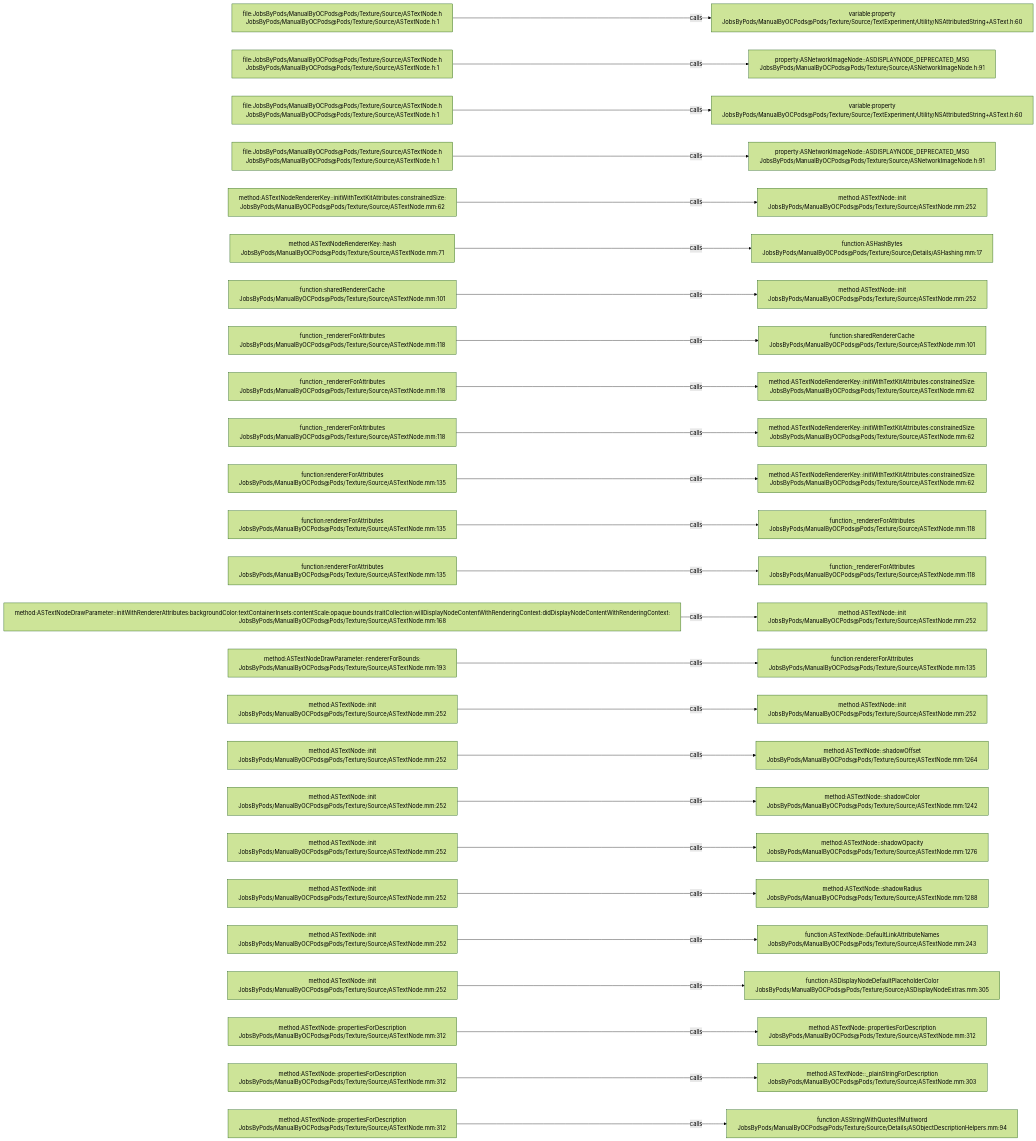
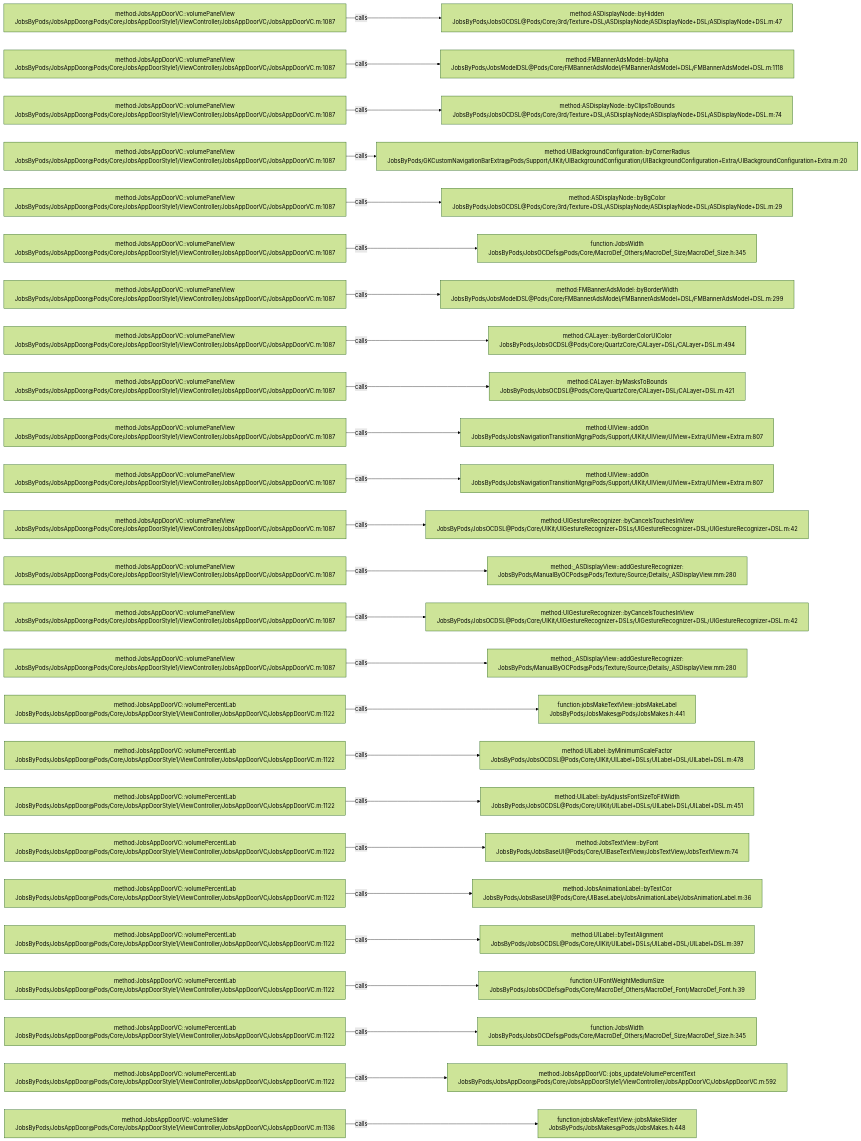
Before and after one commit to JobsKits/JobsOCBaseConfigDemo: the diagram in .codegraph/codegraph.md/graphs/calls-118.md, drawn with Mermaid (forest theme). The commit also changed 768 other files, not shown here.

````diff
--- a/.codegraph/codegraph.md/graphs/calls-118.md
+++ b/.codegraph/codegraph.md/graphs/calls-118.md
@@ -13,78 +13,78 @@
 ```mermaid
 flowchart LR
-  S1["file:JobsByPods/ManualByOCPods@Pods/Texture/Source/ASTextNode.h<br/>JobsByPods/ManualByOCPods@Pods/Texture/Source/ASTextNode.h:1"]
-  T1["variable:property<br/>JobsByPods/ManualByOCPods@Pods/Texture/Source/TextExperiment/Utility/NSAttributedString+ASText.h:60"]
+  S1["method:JobsAppDoorVC::volumePanelView<br/>JobsByPods/JobsAppDoor@Pods/Core/JobsAppDoorStyle1/ViewController/JobsAppDoorVC/JobsAppDoorVC.m:1087"]
+  T1["method:ASDisplayNode::byHidden<br/>JobsByPods/JobsOCDSL@Pods/Core/3rd/Texture+DSL/ASDisplayNode/ASDisplayNode+DSL/ASDisplayNode+DSL.m:47"]
   S1 -->|calls| T1
-  S2["file:JobsByPods/ManualByOCPods@Pods/Texture/Source/ASTextNode.h<br/>JobsByPods/ManualByOCPods@Pods/Texture/Source/ASTextNode.h:1"]
-  T2["property:ASNetworkImageNode::ASDISPLAYNODE_DEPRECATED_MSG<br/>JobsByPods/ManualByOCPods@Pods/Texture/Source/ASNetworkImageNode.h:91"]
+  S2["method:JobsAppDoorVC::volumePanelView<br/>JobsByPods/JobsAppDoor@Pods/Core/JobsAppDoorStyle1/ViewController/JobsAppDoorVC/JobsAppDoorVC.m:1087"]
+  T2["method:FMBannerAdsModel::byAlpha<br/>JobsByPods/JobsModelDSL@Pods/Core/FMBannerAdsModel/FMBannerAdsModel+DSL/FMBannerAdsModel+DSL.m:1118"]
   S2 -->|calls| T2
-  S3["file:JobsByPods/ManualByOCPods@Pods/Texture/Source/ASTextNode.h<br/>JobsByPods/ManualByOCPods@Pods/Texture/Source/ASTextNode.h:1"]
-  T3["variable:property<br/>JobsByPods/ManualByOCPods@Pods/Texture/Source/TextExperiment/Utility/NSAttributedString+ASText.h:60"]
+  S3["method:JobsAppDoorVC::volumePanelView<br/>JobsByPods/JobsAppDoor@Pods/Core/JobsAppDoorStyle1/ViewController/JobsAppDoorVC/JobsAppDoorVC.m:1087"]
+  T3["method:ASDisplayNode::byClipsToBounds<br/>JobsByPods/JobsOCDSL@Pods/Core/3rd/Texture+DSL/ASDisplayNode/ASDisplayNode+DSL/ASDisplayNode+DSL.m:74"]
   S3 -->|calls| T3
-  S4["file:JobsByPods/ManualByOCPods@Pods/Texture/Source/ASTextNode.h<br/>JobsByPods/ManualByOCPods@Pods/Texture/Source/ASTextNode.h:1"]
-  T4["property:ASNetworkImageNode::ASDISPLAYNODE_DEPRECATED_MSG<br/>JobsByPods/ManualByOCPods@Pods/Texture/Source/ASNetworkImageNode.h:91"]
+  S4["method:JobsAppDoorVC::volumePanelView<br/>JobsByPods/JobsAppDoor@Pods/Core/JobsAppDoorStyle1/ViewController/JobsAppDoorVC/JobsAppDoorVC.m:1087"]
+  T4["method:UIBackgroundConfiguration::byCornerRadius<br/>JobsByPods/GKCustomNavigationBarExtra@Pods/Support/UIKit/UIBackgroundConfiguration/UIBackgroundConfiguration+Extra/UIBackgroundConfiguration+Extra.m:20"]
   S4 -->|calls| T4
-  S5["method:ASTextNodeRendererKey::initWithTextKitAttributes:constrainedSize:<br/>JobsByPods/ManualByOCPods@Pods/Texture/Source/ASTextNode.mm:62"]
-  T5["method:ASTextNode::init<br/>JobsByPods/ManualByOCPods@Pods/Texture/Source/ASTextNode.mm:252"]
+  S5["method:JobsAppDoorVC::volumePanelView<br/>JobsByPods/JobsAppDoor@Pods/Core/JobsAppDoorStyle1/ViewController/JobsAppDoorVC/JobsAppDoorVC.m:1087"]
+  T5["method:ASDisplayNode::byBgColor<br/>JobsByPods/JobsOCDSL@Pods/Core/3rd/Texture+DSL/ASDisplayNode/ASDisplayNode+DSL/ASDisplayNode+DSL.m:29"]
   S5 -->|calls| T5
-  S6["method:ASTextNodeRendererKey::hash<br/>JobsByPods/ManualByOCPods@Pods/Texture/Source/ASTextNode.mm:71"]
-  T6["function:ASHashBytes<br/>JobsByPods/ManualByOCPods@Pods/Texture/Source/Details/ASHashing.mm:17"]
+  S6["method:JobsAppDoorVC::volumePanelView<br/>JobsByPods/JobsAppDoor@Pods/Core/JobsAppDoorStyle1/ViewController/JobsAppDoorVC/JobsAppDoorVC.m:1087"]
+  T6["function:JobsWidth<br/>JobsByPods/JobsOCDefs@Pods/Core/MacroDef_Others/MacroDef_Size/MacroDef_Size.h:345"]
   S6 -->|calls| T6
-  S7["function:sharedRendererCache<br/>JobsByPods/ManualByOCPods@Pods/Texture/Source/ASTextNode.mm:101"]
-  T7["method:ASTextNode::init<br/>JobsByPods/ManualByOCPods@Pods/Texture/Source/ASTextNode.mm:252"]
+  S7["method:JobsAppDoorVC::volumePanelView<br/>JobsByPods/JobsAppDoor@Pods/Core/JobsAppDoorStyle1/ViewController/JobsAppDoorVC/JobsAppDoorVC.m:1087"]
+  T7["method:FMBannerAdsModel::byBorderWidth<br/>JobsByPods/JobsModelDSL@Pods/Core/FMBannerAdsModel/FMBannerAdsModel+DSL/FMBannerAdsModel+DSL.m:299"]
   S7 -->|calls| T7
-  S8["function:_rendererForAttributes<br/>JobsByPods/ManualByOCPods@Pods/Texture/Source/ASTextNode.mm:118"]
-  T8["function:sharedRendererCache<br/>JobsByPods/ManualByOCPods@Pods/Texture/Source/ASTextNode.mm:101"]
+  S8["method:JobsAppDoorVC::volumePanelView<br/>JobsByPods/JobsAppDoor@Pods/Core/JobsAppDoorStyle1/ViewController/JobsAppDoorVC/JobsAppDoorVC.m:1087"]
+  T8["method:CALayer::byBorderColorUIColor<br/>JobsByPods/JobsOCDSL@Pods/Core/QuartzCore/CALayer+DSL/CALayer+DSL.m:494"]
   S8 -->|calls| T8
-  S9["function:_rendererForAttributes<br/>JobsByPods/ManualByOCPods@Pods/Texture/Source/ASTextNode.mm:118"]
-  T9["method:ASTextNodeRendererKey::initWithTextKitAttributes:constrainedSize:<br/>JobsByPods/ManualByOCPods@Pods/Texture/Source/ASTextNode.mm:62"]
+  S9["method:JobsAppDoorVC::volumePanelView<br/>JobsByPods/JobsAppDoor@Pods/Core/JobsAppDoorStyle1/ViewController/JobsAppDoorVC/JobsAppDoorVC.m:1087"]
+  T9["method:CALayer::byMasksToBounds<br/>JobsByPods/JobsOCDSL@Pods/Core/QuartzCore/CALayer+DSL/CALayer+DSL.m:421"]
   S9 -->|calls| T9
-  S10["function:_rendererForAttributes<br/>JobsByPods/ManualByOCPods@Pods/Texture/Source/ASTextNode.mm:118"]
-  T10["method:ASTextNodeRendererKey::initWithTextKitAttributes:constrainedSize:<br/>JobsByPods/ManualByOCPods@Pods/Texture/Source/ASTextNode.mm:62"]
+  S10["method:JobsAppDoorVC::volumePanelView<br/>JobsByPods/JobsAppDoor@Pods/Core/JobsAppDoorStyle1/ViewController/JobsAppDoorVC/JobsAppDoorVC.m:1087"]
+  T10["method:UIView::addOn<br/>JobsByPods/JobsNavigationTransitionMgr@Pods/Support/UIKit/UIView/UIView+Extra/UIView+Extra.m:807"]
   S10 -->|calls| T10
-  S11["function:rendererForAttributes<br/>JobsByPods/ManualByOCPods@Pods/Texture/Source/ASTextNode.mm:135"]
-  T11["method:ASTextNodeRendererKey::initWithTextKitAttributes:constrainedSize:<br/>JobsByPods/ManualByOCPods@Pods/Texture/Source/ASTextNode.mm:62"]
+  S11["method:JobsAppDoorVC::volumePanelView<br/>JobsByPods/JobsAppDoor@Pods/Core/JobsAppDoorStyle1/ViewController/JobsAppDoorVC/JobsAppDoorVC.m:1087"]
+  T11["method:UIView::addOn<br/>JobsByPods/JobsNavigationTransitionMgr@Pods/Support/UIKit/UIView/UIView+Extra/UIView+Extra.m:807"]
   S11 -->|calls| T11
-  S12["function:rendererForAttributes<br/>JobsByPods/ManualByOCPods@Pods/Texture/Source/ASTextNode.mm:135"]
-  T12["function:_rendererForAttributes<br/>JobsByPods/ManualByOCPods@Pods/Texture/Source/ASTextNode.mm:118"]
+  S12["method:JobsAppDoorVC::volumePanelView<br/>JobsByPods/JobsAppDoor@Pods/Core/JobsAppDoorStyle1/ViewController/JobsAppDoorVC/JobsAppDoorVC.m:1087"]
+  T12["method:UIGestureRecognizer::byCancelsTouchesInView<br/>JobsByPods/JobsOCDSL@Pods/Core/UIKit/UIGestureRecognizer+DSLs/UIGestureRecognizer+DSL/UIGestureRecognizer+DSL.m:42"]
   S12 -->|calls| T12
-  S13["function:rendererForAttributes<br/>JobsByPods/ManualByOCPods@Pods/Texture/Source/ASTextNode.mm:135"]
-  T13["function:_rendererForAttributes<br/>JobsByPods/ManualByOCPods@Pods/Texture/Source/ASTextNode.mm:118"]
+  S13["method:JobsAppDoorVC::volumePanelView<br/>JobsByPods/JobsAppDoor@Pods/Core/JobsAppDoorStyle1/ViewController/JobsAppDoorVC/JobsAppDoorVC.m:1087"]
+  T13["method:_ASDisplayView::addGestureRecognizer:<br/>JobsByPods/ManualByOCPods@Pods/Texture/Source/Details/_ASDisplayView.mm:280"]
   S13 -->|calls| T13
-  S14["method:ASTextNodeDrawParameter::initWithRendererAttributes:backgroundColor:textContainerInsets:contentScale:opaque:bounds:traitCollection:willDisplayNodeContentWithRenderingContext:didDisplayNodeContentWithRenderingContext:<br/>JobsByPods/ManualByOCPods@Pods/Texture/Source/ASTextNode.mm:168"]
-  T14["method:ASTextNode::init<br/>JobsByPods/ManualByOCPods@Pods/Texture/Source/ASTextNode.mm:252"]
+  S14["method:JobsAppDoorVC::volumePanelView<br/>JobsByPods/JobsAppDoor@Pods/Core/JobsAppDoorStyle1/ViewController/JobsAppDoorVC/JobsAppDoorVC.m:1087"]
+  T14["method:UIGestureRecognizer::byCancelsTouchesInView<br/>JobsByPods/JobsOCDSL@Pods/Core/UIKit/UIGestureRecognizer+DSLs/UIGestureRecognizer+DSL/UIGestureRecognizer+DSL.m:42"]
   S14 -->|calls| T14
-  S15["method:ASTextNodeDrawParameter::rendererForBounds:<br/>JobsByPods/ManualByOCPods@Pods/Texture/Source/ASTextNode.mm:193"]
-  T15["function:rendererForAttributes<br/>JobsByPods/ManualByOCPods@Pods/Texture/Source/ASTextNode.mm:135"]
+  S15["method:JobsAppDoorVC::volumePanelView<br/>JobsByPods/JobsAppDoor@Pods/Core/JobsAppDoorStyle1/ViewController/JobsAppDoorVC/JobsAppDoorVC.m:1087"]
+  T15["method:_ASDisplayView::addGestureRecognizer:<br/>JobsByPods/ManualByOCPods@Pods/Texture/Source/Details/_ASDisplayView.mm:280"]
   S15 -->|calls| T15
-  S16["method:ASTextNode::init<br/>JobsByPods/ManualByOCPods@Pods/Texture/Source/ASTextNode.mm:252"]
-  T16["method:ASTextNode::init<br/>JobsByPods/ManualByOCPods@Pods/Texture/Source/ASTextNode.mm:252"]
+  S16["method:JobsAppDoorVC::volumePercentLab<br/>JobsByPods/JobsAppDoor@Pods/Core/JobsAppDoorStyle1/ViewController/JobsAppDoorVC/JobsAppDoorVC.m:1122"]
+  T16["function:jobsMakeTextView::jobsMakeLabel<br/>JobsByPods/JobsMakes@Pods/JobsMakes.h:441"]
   S16 -->|calls| T16
-  S17["method:ASTextNode::init<br/>JobsByPods/ManualByOCPods@Pods/Texture/Source/ASTextNode.mm:252"]
-  T17["method:ASTextNode::shadowOffset<br/>JobsByPods/ManualByOCPods@Pods/Texture/Source/ASTextNode.mm:1264"]
+  S17["method:JobsAppDoorVC::volumePercentLab<br/>JobsByPods/JobsAppDoor@Pods/Core/JobsAppDoorStyle1/ViewController/JobsAppDoorVC/JobsAppDoorVC.m:1122"]
+  T17["method:UILabel::byMinimumScaleFactor<br/>JobsByPods/JobsOCDSL@Pods/Core/UIKit/UILabel+DSLs/UILabel+DSL/UILabel+DSL.m:478"]
   S17 -->|calls| T17
-  S18["method:ASTextNode::init<br/>JobsByPods/ManualByOCPods@Pods/Texture/Source/ASTextNode.mm:252"]
-  T18["method:ASTextNode::shadowColor<br/>JobsByPods/ManualByOCPods@Pods/Texture/Source/ASTextNode.mm:1242"]
+  S18["method:JobsAppDoorVC::volumePercentLab<br/>JobsByPods/JobsAppDoor@Pods/Core/JobsAppDoorStyle1/ViewController/JobsAppDoorVC/JobsAppDoorVC.m:1122"]
+  T18["method:UILabel::byAdjustsFontSizeToFitWidth<br/>JobsByPods/JobsOCDSL@Pods/Core/UIKit/UILabel+DSLs/UILabel+DSL/UILabel+DSL.m:451"]
   S18 -->|calls| T18
-  S19["method:ASTextNode::init<br/>JobsByPods/ManualByOCPods@Pods/Texture/Source/ASTextNode.mm:252"]
-  T19["method:ASTextNode::shadowOpacity<br/>JobsByPods/ManualByOCPods@Pods/Texture/Source/ASTextNode.mm:1276"]
+  S19["method:JobsAppDoorVC::volumePercentLab<br/>JobsByPods/JobsAppDoor@Pods/Core/JobsAppDoorStyle1/ViewController/JobsAppDoorVC/JobsAppDoorVC.m:1122"]
+  T19["method:JobsTextView::byFont<br/>JobsByPods/JobsBaseUI@Pods/Core/UIBaseTextView/JobsTextView/JobsTextView.m:74"]
   S19 -->|calls| T19
-  S20["method:ASTextNode::init<br/>JobsByPods/ManualByOCPods@Pods/Texture/Source/ASTextNode.mm:252"]
-  T20["method:ASTextNode::shadowRadius<br/>JobsByPods/ManualByOCPods@Pods/Texture/Source/ASTextNode.mm:1288"]
+  S20["method:JobsAppDoorVC::volumePercentLab<br/>JobsByPods/JobsAppDoor@Pods/Core/JobsAppDoorStyle1/ViewController/JobsAppDoorVC/JobsAppDoorVC.m:1122"]
+  T20["method:JobsAnimationLabel::byTextCor<br/>JobsByPods/JobsBaseUI@Pods/Core/UIBaseLabel/JobsAnimationLabel/JobsAnimationLabel.m:36"]
   S20 -->|calls| T20
-  S21["method:ASTextNode::init<br/>JobsByPods/ManualByOCPods@Pods/Texture/Source/ASTextNode.mm:252"]
-  T21["function:ASTextNode::DefaultLinkAttributeNames<br/>JobsByPods/ManualByOCPods@Pods/Texture/Source/ASTextNode.mm:243"]
+  S21["method:JobsAppDoorVC::volumePercentLab<br/>JobsByPods/JobsAppDoor@Pods/Core/JobsAppDoorStyle1/ViewController/JobsAppDoorVC/JobsAppDoorVC.m:1122"]
+  T21["method:UILabel::byTextAlignment<br/>JobsByPods/JobsOCDSL@Pods/Core/UIKit/UILabel+DSLs/UILabel+DSL/UILabel+DSL.m:397"]
   S21 -->|calls| T21
-  S22["method:ASTextNode::init<br/>JobsByPods/ManualByOCPods@Pods/Texture/Source/ASTextNode.mm:252"]
-  T22["function:ASDisplayNodeDefaultPlaceholderColor<br/>JobsByPods/ManualByOCPods@Pods/Texture/Source/ASDisplayNodeExtras.mm:305"]
+  S22["method:JobsAppDoorVC::volumePercentLab<br/>JobsByPods/JobsAppDoor@Pods/Core/JobsAppDoorStyle1/ViewController/JobsAppDoorVC/JobsAppDoorVC.m:1122"]
+  T22["function:UIFontWeightMediumSize<br/>JobsByPods/JobsOCDefs@Pods/Core/MacroDef_Others/MacroDef_Font/MacroDef_Font.h:39"]
   S22 -->|calls| T22
-  S23["method:ASTextNode::propertiesForDescription<br/>JobsByPods/ManualByOCPods@Pods/Texture/Source/ASTextNode.mm:312"]
-  T23["method:ASTextNode::propertiesForDescription<br/>JobsByPods/ManualByOCPods@Pods/Texture/Source/ASTextNode.mm:312"]
+  S23["method:JobsAppDoorVC::volumePercentLab<br/>JobsByPods/JobsAppDoor@Pods/Core/JobsAppDoorStyle1/ViewController/JobsAppDoorVC/JobsAppDoorVC.m:1122"]
+  T23["function:JobsWidth<br/>JobsByPods/JobsOCDefs@Pods/Core/MacroDef_Others/MacroDef_Size/MacroDef_Size.h:345"]
   S23 -->|calls| T23
-  S24["method:ASTextNode::propertiesForDescription<br/>JobsByPods/ManualByOCPods@Pods/Texture/Source/ASTextNode.mm:312"]
-  T24["method:ASTextNode::_plainStringForDescription<br/>JobsByPods/ManualByOCPods@Pods/Texture/Source/ASTextNode.mm:303"]
+  S24["method:JobsAppDoorVC::volumePercentLab<br/>JobsByPods/JobsAppDoor@Pods/Core/JobsAppDoorStyle1/ViewController/JobsAppDoorVC/JobsAppDoorVC.m:1122"]
+  T24["method:JobsAppDoorVC::jobs_updateVolumePercentText<br/>JobsByPods/JobsAppDoor@Pods/Core/JobsAppDoorStyle1/ViewController/JobsAppDoorVC/JobsAppDoorVC.m:592"]
   S24 -->|calls| T24
-  S25["method:ASTextNode::propertiesForDescription<br/>JobsByPods/ManualByOCPods@Pods/Texture/Source/ASTextNode.mm:312"]
-  T25["function:ASStringWithQuotesIfMultiword<br/>JobsByPods/ManualByOCPods@Pods/Texture/Source/Details/ASObjectDescriptionHelpers.mm:94"]
+  S25["method:JobsAppDoorVC::volumeSlider<br/>JobsByPods/JobsAppDoor@Pods/Core/JobsAppDoorStyle1/ViewController/JobsAppDoorVC/JobsAppDoorVC.m:1136"]
+  T25["function:jobsMakeTextView::jobsMakeSlider<br/>JobsByPods/JobsMakes@Pods/JobsMakes.h:448"]
   S25 -->|calls| T25
 ```
````
